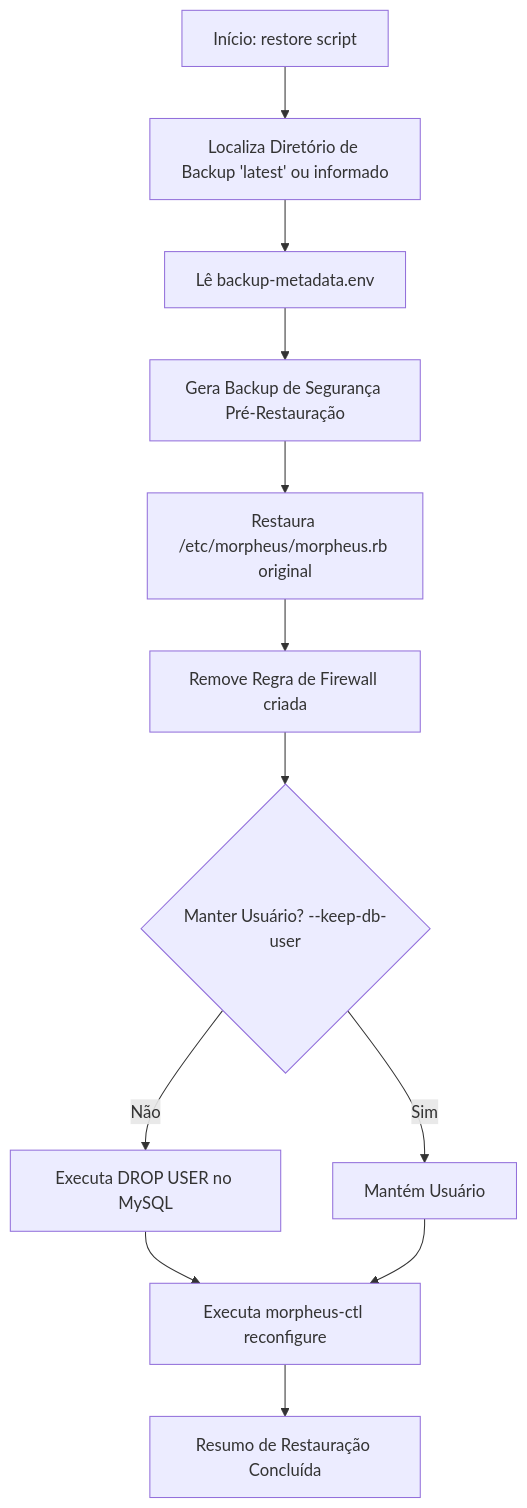
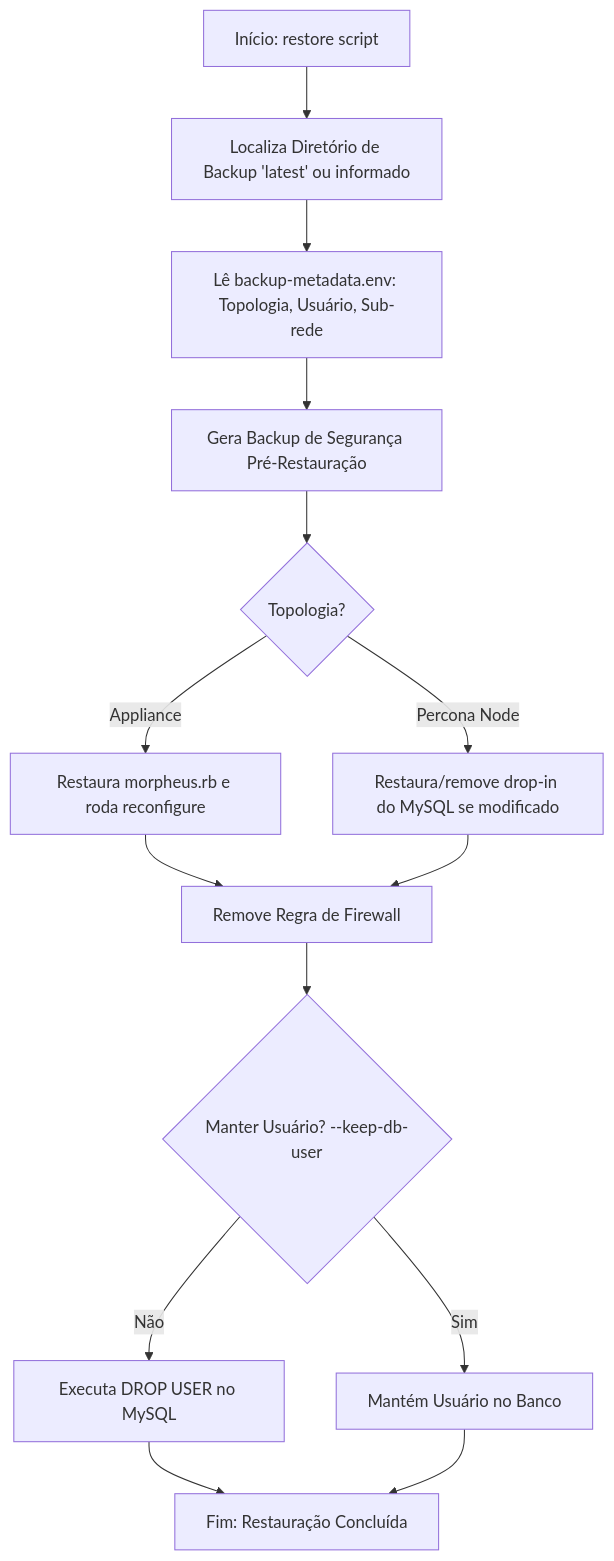
Before and after one commit to devopsvanilla/.BatOps: the third of 3 diagrams in morpheus-data/expose-mysql/README.md, drawn with Mermaid. The commit also changed other lines of this file and 2 other files, not shown here.

Commit message:
feat: add scripts to configure and restore Morpheus MySQL remote access settings

````diff
--- a/morpheus-data/expose-mysql/README.md
+++ b/morpheus-data/expose-mysql/README.md
@@ -175,14 +195,16 @@
 ```mermaid
 flowchart TD
     R1[Início: restore script] --> R2[Localiza Diretório de Backup 'latest' ou informado]
-    R2 --> R3[Lê backup-metadata.env]
+    R2 --> R3[Lê backup-metadata.env: Topologia, Usuário, Sub-rede]
     R3 --> R4[Gera Backup de Segurança Pré-Restauração]
-    R4 --> R5[Restaura /etc/morpheus/morpheus.rb original]
-    R5 --> R6[Remove Regra de Firewall criada]
-    R6 --> R7{Manter Usuário? --keep-db-user}
-    R7 -- Não --> R8[Executa DROP USER no MySQL]
-    R7 -- Sim --> R9[Mantém Usuário]
-    R8 --> R10[Executa morpheus-ctl reconfigure]
-    R9 --> R10
-    R10 --> R11[Resumo de Restauração Concluída]
+    R4 --> R5{Topologia?}
+    R5 -- Appliance --> R6[Restaura morpheus.rb e roda reconfigure]
+    R5 -- Percona Node --> R7[Restaura/remove drop-in do MySQL se modificado]
+    R6 --> R8[Remove Regra de Firewall]
+    R7 --> R8
+    R8 --> R9{Manter Usuário? --keep-db-user}
+    R9 -- Não --> R10[Executa DROP USER no MySQL]
+    R9 -- Sim --> R11[Mantém Usuário no Banco]
+    R10 --> R12[Fim: Restauração Concluída]
+    R11 --> R12
 ```
````
